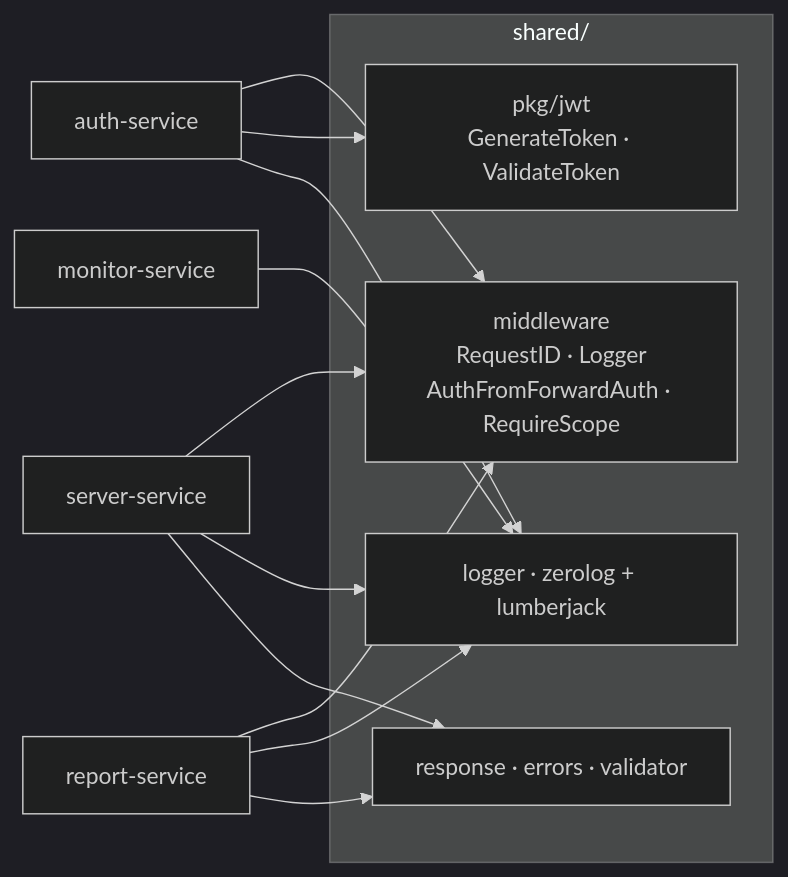
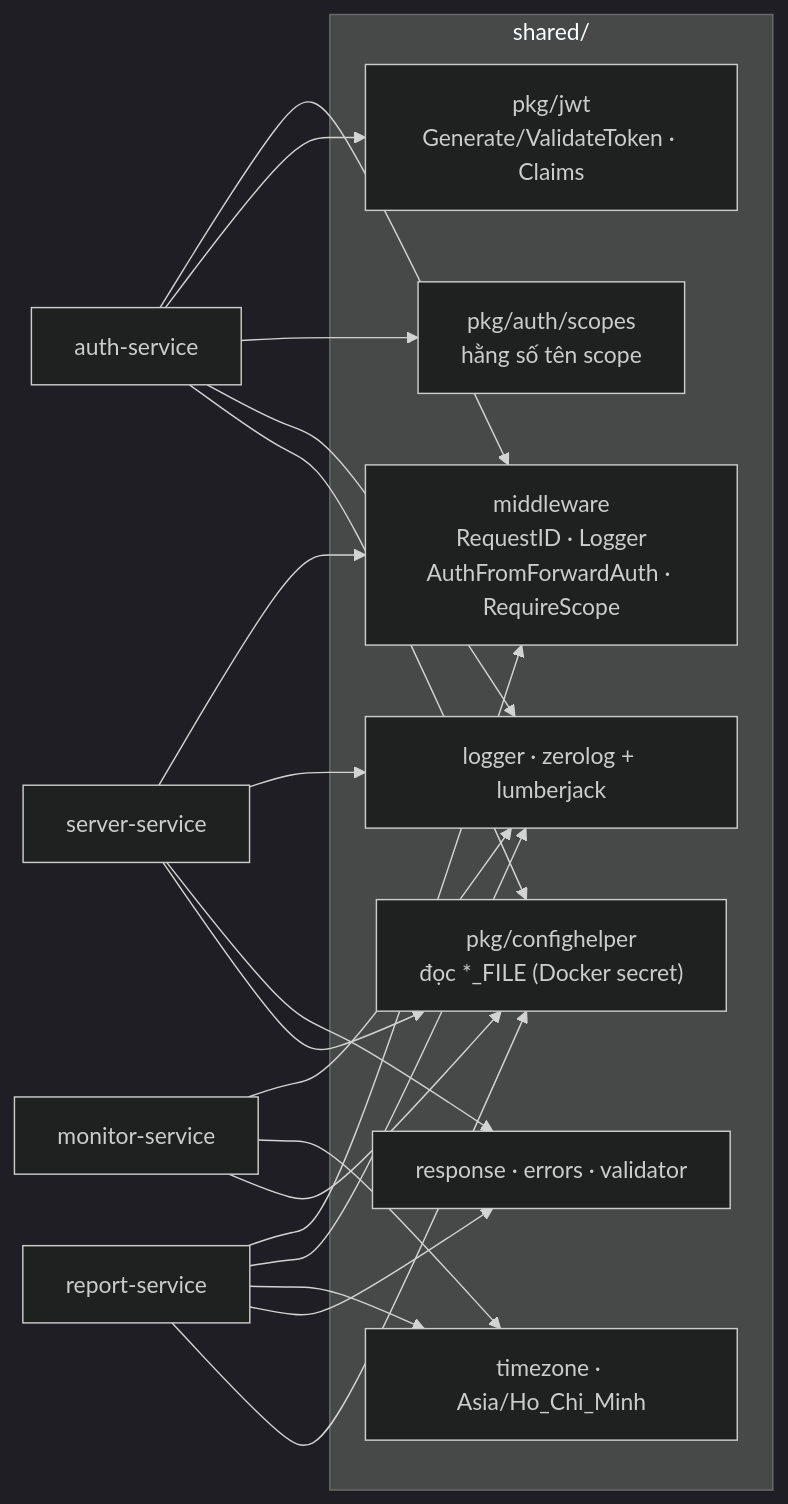
The seventh of 7 diagrams in .claude/diagrams/component-diagram.md (dwchwang/sms_microservice), drawn with Mermaid (dark theme) before and after one commit. The commit also changed other lines of this file and 24 other files, not shown here.

````diff
--- a/.claude/diagrams/component-diagram.md
+++ b/.claude/diagrams/component-diagram.md
@@ -185,20 +256,30 @@
 ```mermaid
 graph LR
     subgraph SH["shared/"]
         M1["middleware<br/>RequestID · Logger<br/>AuthFromForwardAuth · RequireScope"]
-        M2["pkg/jwt<br/>GenerateToken · ValidateToken"]
+        M2["pkg/jwt<br/>Generate/ValidateToken · Claims"]
+        M3["pkg/confighelper<br/>đọc *_FILE (Docker secret)"]
         M4["logger · zerolog + lumberjack"]
         M5["response · errors · validator"]
+        M6["timezone · Asia/Ho_Chi_Minh"]
+        M7["pkg/auth/scopes<br/>hằng số tên scope"]
     end
 
     AUTH["auth-service"] --> M1
     AUTH --> M2
+    AUTH --> M7
     SRV["server-service"] --> M1
     REP["report-service"] --> M1
     MON["monitor-service"] --> M4
+    MON --> M6
     AUTH --> M4
     SRV --> M4
     REP --> M4
+    REP --> M6
     SRV --> M5
     REP --> M5
+    AUTH --> M3
+    SRV --> M3
+    MON --> M3
+    REP --> M3
 ```
````
